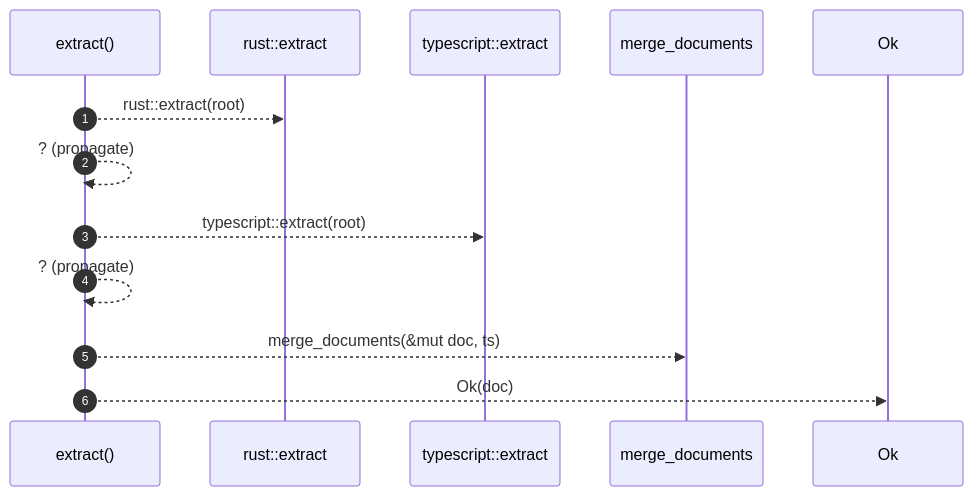
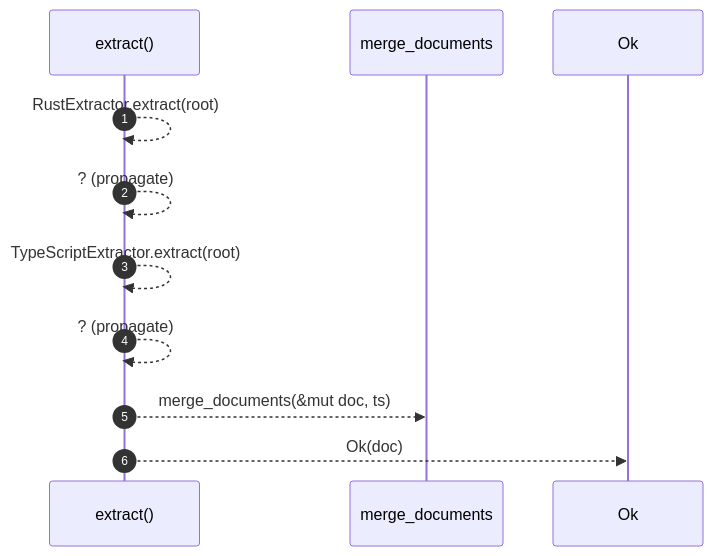
Before and after one commit to RyanGuild/self-describing-code: the diagram in .robby/diagrams/seq-rust-robby-extract-extract.mmd, drawn with Mermaid. The commit also changed 413 other files, not shown here.

```diff
--- a/.robby/diagrams/seq-rust-robby-extract-extract.mmd
+++ b/.robby/diagrams/seq-rust-robby-extract-extract.mmd
@@ -1,13 +1,11 @@
 sequenceDiagram
     autonumber
     participant extract as extract()
-    participant rust__extract as rust::extract
-    participant typescript__extract as typescript::extract
     participant merge_documents as merge_documents
     participant Ok as Ok
-    extract-->>rust__extract: rust::extract(root)
+    extract-->>extract: RustExtractor.extract(root)
     extract-->>extract: ? (propagate)
-    extract-->>typescript__extract: typescript::extract(root)
+    extract-->>extract: TypeScriptExtractor.extract(root)
     extract-->>extract: ? (propagate)
     extract-->>merge_documents: merge_documents(&mut doc, ts)
     extract-->>Ok: Ok(doc)
```
